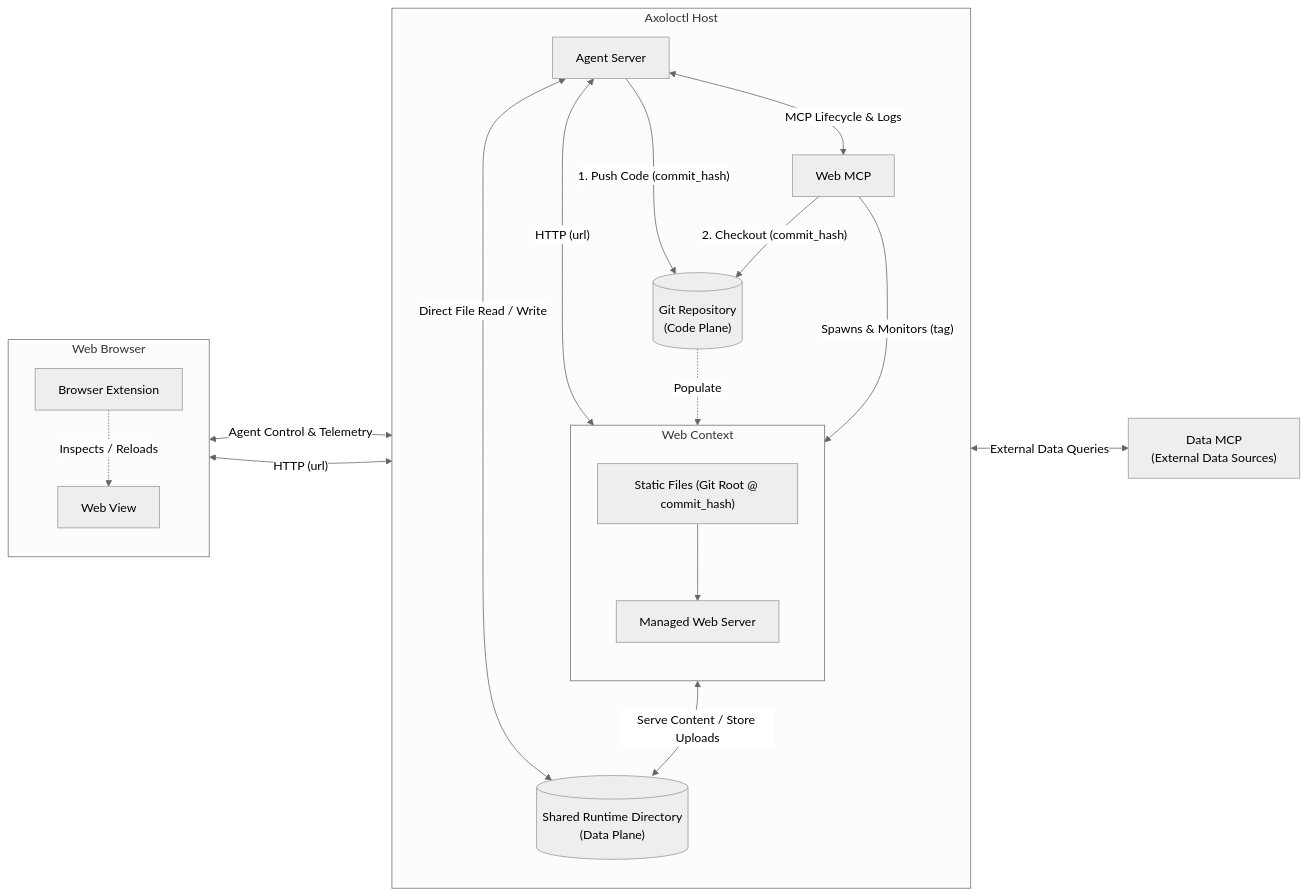
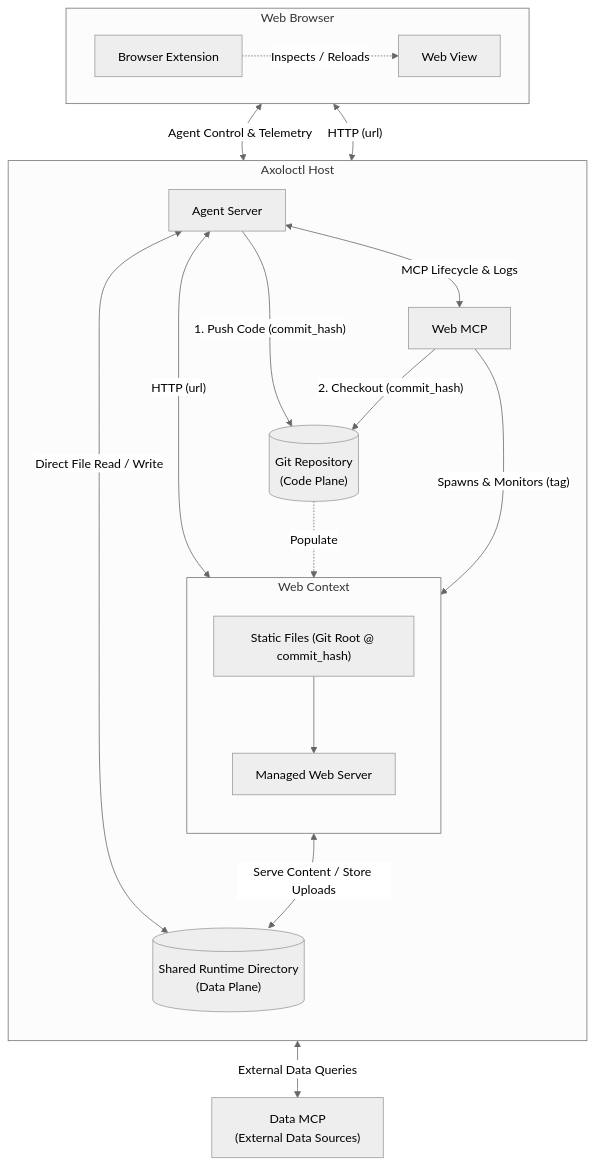
The first of 2 diagrams in mcp/axoloctl/README.md (grafnu/udmi), drawn with Mermaid (neutral theme) before and after one commit.

Commit message:
Update axoloctl architecture diagram to vertical flow

````diff
--- a/mcp/axoloctl/README.md
+++ b/mcp/axoloctl/README.md
@@ -24,39 +24,39 @@
 ```mermaid
-flowchart LR
+flowchart TD
   subgraph Browser["Web Browser"]
-    direction TB
+    direction LR
     Extension["Browser Extension"]
     WebView["Web View"]
     Extension -. "Inspects / Reloads" .-> WebView
   end
-
-  DataMCP["Data MCP\n(External Data Sources)"]
 
   subgraph AxoloctlHost["Axoloctl Host"]
     direction TB
     Agent["Agent Server"]
     WebMCP["Web MCP"]
     Git[("Git Repository\n(Code Plane)")]
     SharedDir[("Shared Runtime Directory\n(Data Plane)")]
 
     subgraph WebContext["Web Context"]
       direction TB
       StaticRoot["Static Files (Git Root @ commit_hash)"]
       WebServer["Managed Web Server"]
       StaticRoot --> WebServer
     end
 
     Agent <-->|"MCP Lifecycle & Logs"| WebMCP
     WebMCP -->|"Spawns & Monitors (tag)"| WebContext
     Agent <-->|"HTTP (url)"| WebServer
     Agent -->|"1. Push Code (commit_hash)"| Git
     WebMCP -->|"2. Checkout (commit_hash)"| Git
     Git -.->|"Populate"| StaticRoot
     Agent <-->|"Direct File Read / Write"| SharedDir
     WebServer <-->|"Serve Content / Store Uploads"| SharedDir
   end
 
+  DataMCP["Data MCP\n(External Data Sources)"]
+
   Extension <-->|"Agent Control & Telemetry"| Agent
   WebView <-->|"HTTP (url)"| WebServer
   Agent <-->|"External Data Queries"| DataMCP
 ```
````
